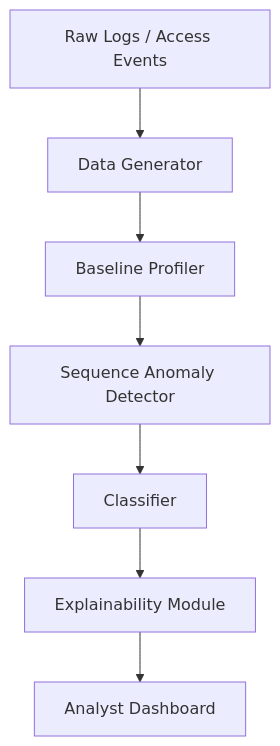
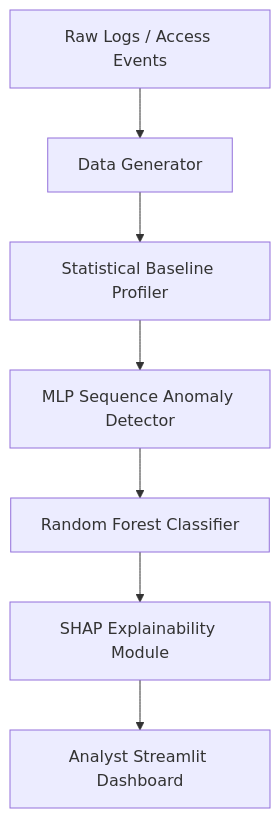
Before and after one commit to HeetVachhani123/Sentinel_AI: the diagram in README.md, drawn with Mermaid. The commit also changed other lines of this file, not shown here.

````diff
--- a/README.md
+++ b/README.md
@@ -7,9 +27,9 @@
 ```mermaid
 graph TD
     A[Raw Logs / Access Events] --> B[Data Generator]
-    B --> C[Baseline Profiler]
-    C --> D[Sequence Anomaly Detector]
-    D --> E[Classifier]
-    E --> F[Explainability Module]
-    F --> G[Analyst Dashboard]
+    B --> C[Statistical Baseline Profiler]
+    C --> D[MLP Sequence Anomaly Detector]
+    D --> E[Random Forest Classifier]
+    E --> F[SHAP Explainability Module]
+    F --> G[Analyst Streamlit Dashboard]
 ```
````
